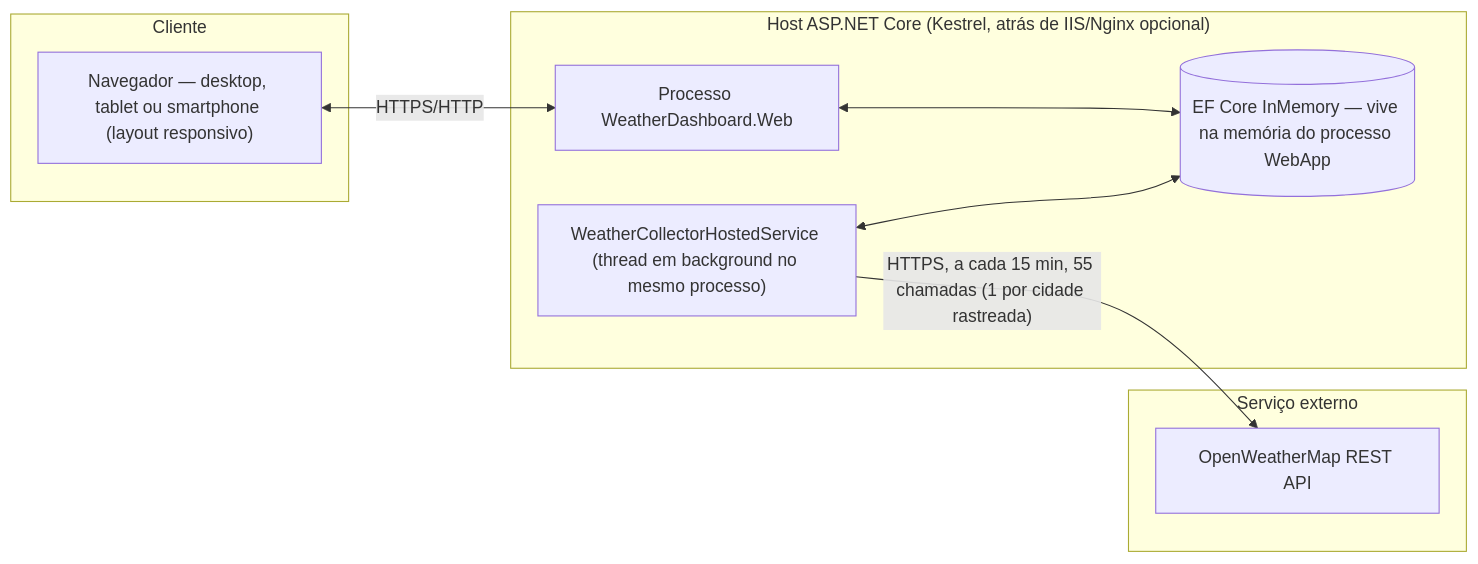
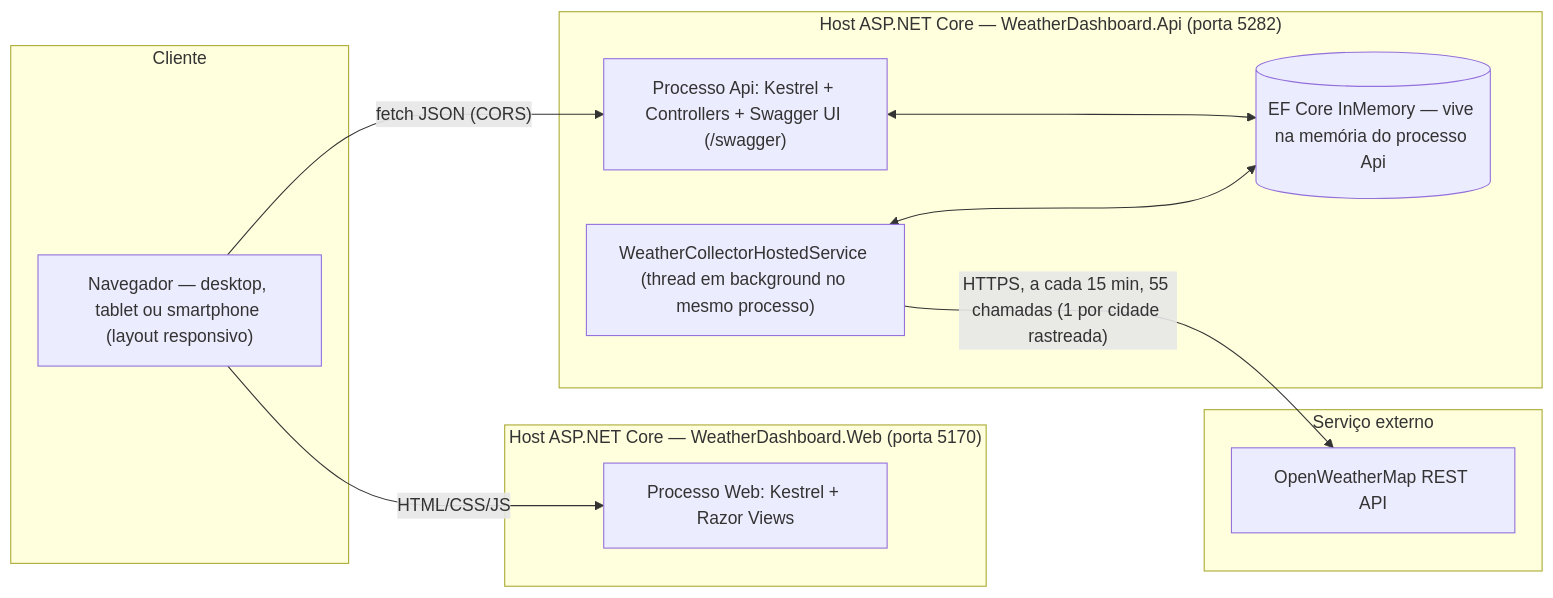
The second of 3 diagrams in docs/architecture.md (melmyuka1/clima-brasil), drawn with Mermaid before and after one commit. The commit also changed other lines of this file and 30 other files, not shown here.

````diff
--- a/docs/architecture.md
+++ b/docs/architecture.md
@@ -65,21 +85,26 @@
 ```mermaid
 graph LR
     subgraph Cliente
         Browser["Navegador — desktop, tablet ou smartphone (layout responsivo)"]
     end
 
-    subgraph Servidor["Host ASP.NET Core (Kestrel, atrás de IIS/Nginx opcional)"]
-        WebApp["Processo WeatherDashboard.Web"]
+    subgraph ServidorWeb["Host ASP.NET Core — WeatherDashboard.Web (porta 5170)"]
+        WebApp["Processo Web: Kestrel + Razor Views"]
+    end
+
+    subgraph ServidorApi["Host ASP.NET Core — WeatherDashboard.Api (porta 5282)"]
+        ApiApp["Processo Api: Kestrel + Controllers + Swagger UI (/swagger)"]
         BgService["WeatherCollectorHostedService (thread em background no mesmo processo)"]
-        MemDb[("EF Core InMemory — vive na memória do processo WebApp")]
+        MemDb[("EF Core InMemory — vive na memória do processo Api")]
     end
 
     subgraph Externo["Serviço externo"]
         OWM["OpenWeatherMap REST API"]
     end
 
-    Browser <-- "HTTPS/HTTP" --> WebApp
-    WebApp <--> MemDb
+    Browser -- "HTML/CSS/JS" --> WebApp
+    Browser -- "fetch JSON (CORS)" --> ApiApp
+    ApiApp <--> MemDb
     BgService <--> MemDb
     BgService -- "HTTPS, a cada 15 min, 55 chamadas (1 por cidade rastreada)" --> OWM
 ```
````
